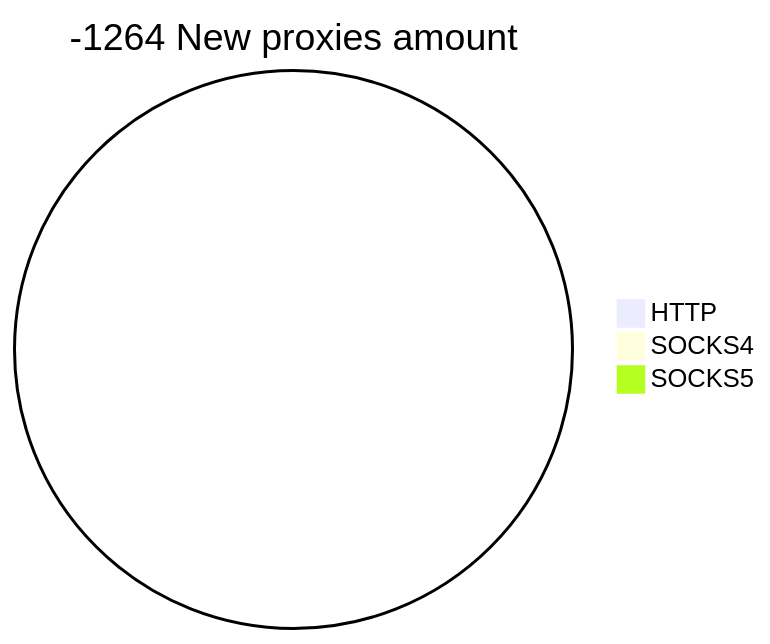
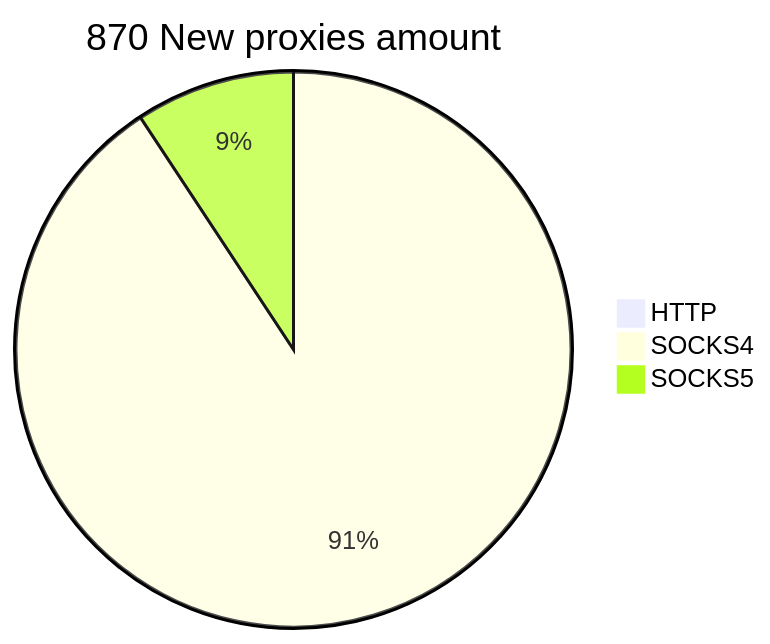
Before and after one commit to cutipu/proxylist: the second of 2 diagrams in README.md, drawn with Mermaid. The commit also changed other lines of this file, not shown here.

````diff
--- a/README.md
+++ b/README.md
@@ -10,6 +10,6 @@
 ```mermaid
-pie title -1264 New proxies amount
+pie title 870 New proxies amount
     "HTTP" : 0
-    "SOCKS4" : 0
-    "SOCKS5" : 0
+    "SOCKS4" : 792
+    "SOCKS5" : 81
 ```
````
